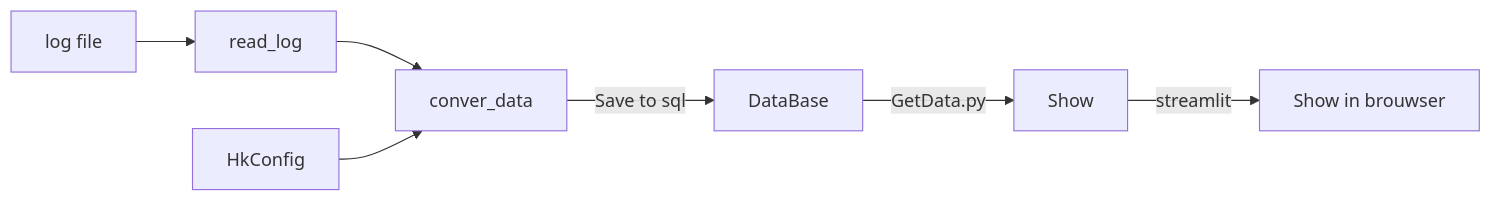
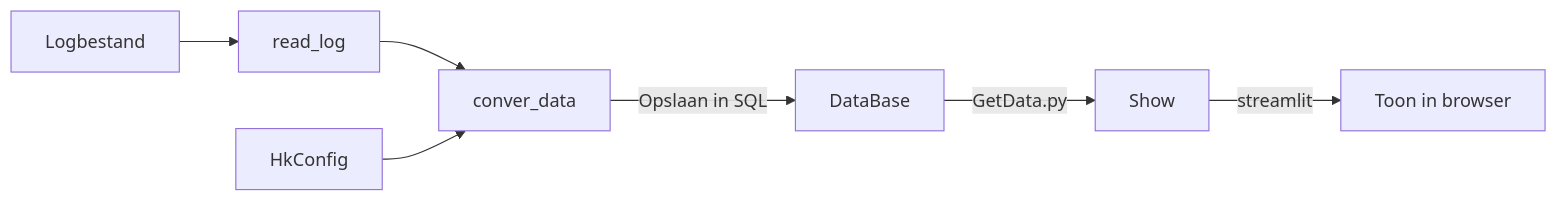
Before and after one commit to Ogalababa/HTM: the diagram in README.md, drawn with Mermaid. The commit also changed other lines of this file and 1 other file, not shown here.

````diff
--- a/README.md
+++ b/README.md
@@ -130,10 +93,9 @@
 ```mermaid
 graph LR
-
-log[log file] --> rl[read_log]
-rl --> conver_data
-HkConfig --> conver_data
-conver_data --Save to sql--> DataBase
-DataBase --GetData.py--> Show
-Show --streamlit-->brouwser[Show in brouwser]
+  log[Logbestand] --> rl[read_log]
+  rl --> conver_data
+  HkConfig --> conver_data
+  conver_data -->|Opslaan in SQL| DataBase
+  DataBase -->|GetData.py| Show
+  Show -->|streamlit| browser[Toon in browser]
 ```
````
